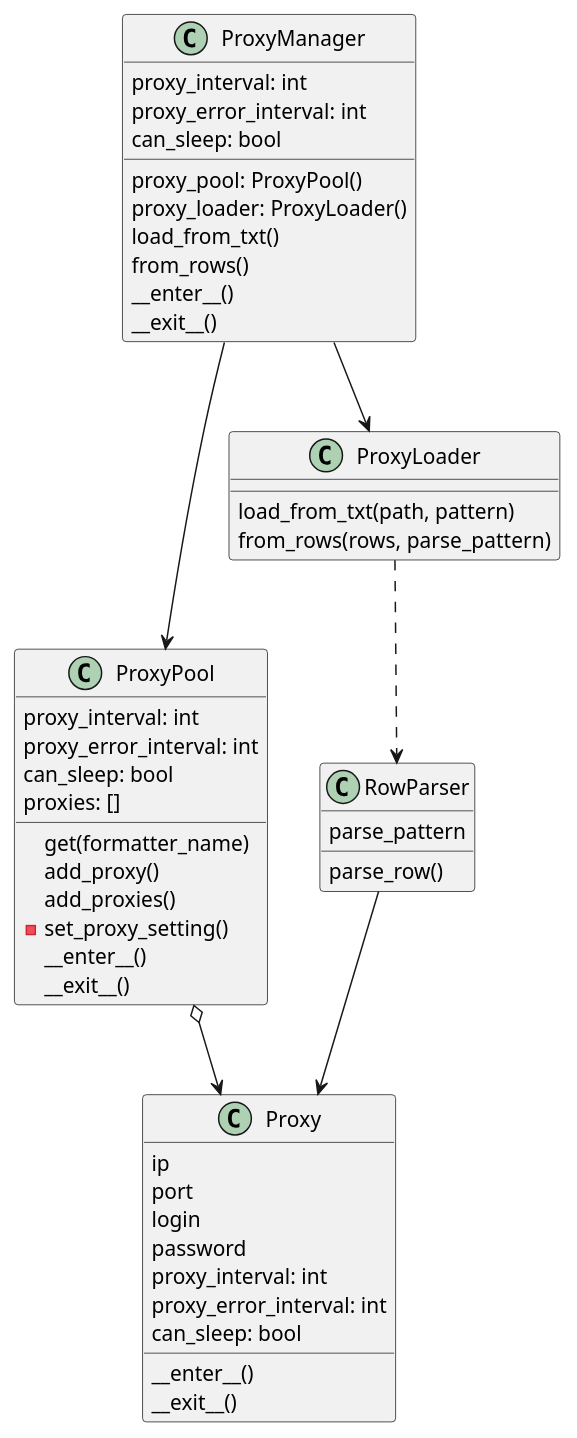
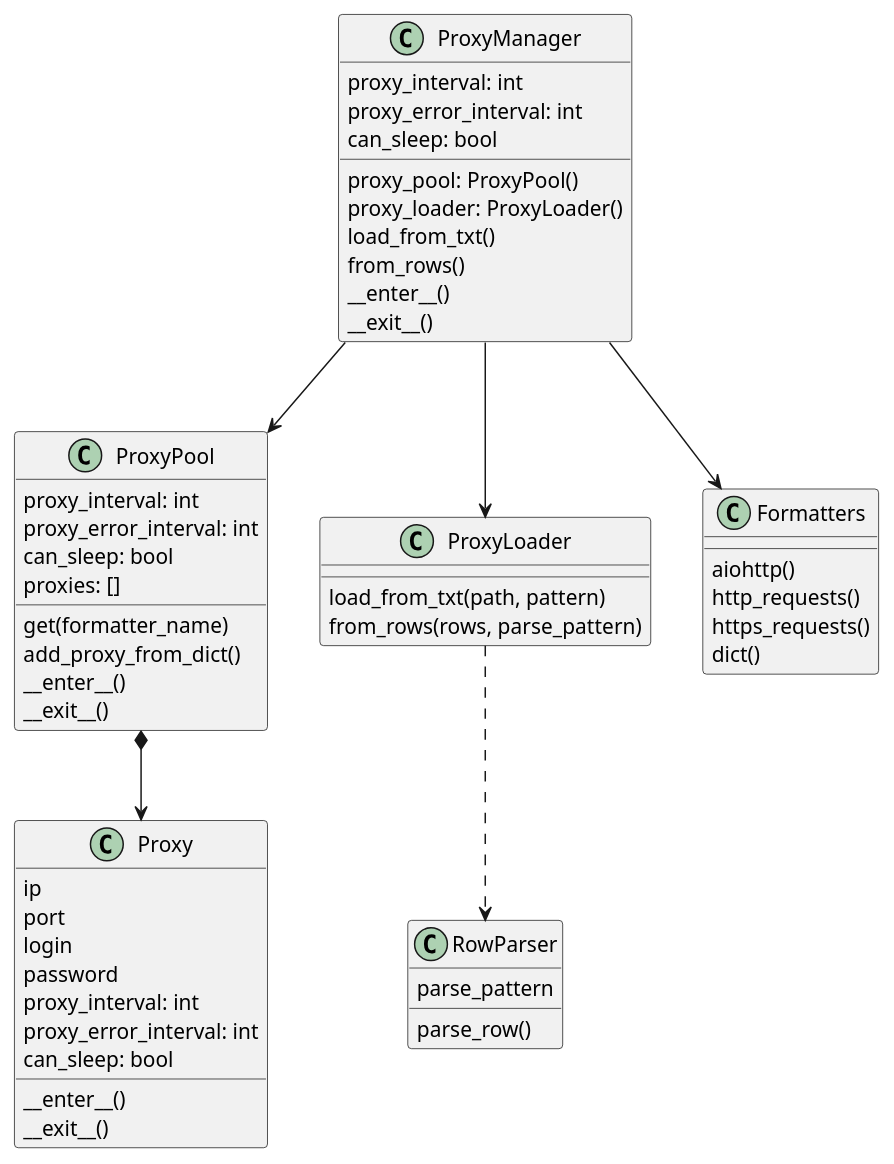
The diagram in ProxyManager.puml (overparser/proxy_manager), drawn with PlantUML before and after one commit. The commit also changed 2 other files, not shown here.

Commit message:
refactoring formatters

```diff
--- a/ProxyManager.puml
+++ b/ProxyManager.puml
@@ -1,52 +1,56 @@
 @startuml
 class ProxyManager{
       proxy_interval: int
       proxy_error_interval: int
       can_sleep: bool
       proxy_pool: ProxyPool()
       proxy_loader: ProxyLoader()
       load_from_txt()
       from_rows()
       __enter__()
       __exit__()
 }
 class ProxyPool{
     proxy_interval: int
     proxy_error_interval: int
     can_sleep: bool
     proxies: []
     get(formatter_name)
-    add_proxy()
-    add_proxies()
-    -set_proxy_setting()
+    add_proxy_from_dict()
     __enter__()
     __exit__()
 }
 
 class ProxyLoader{
     load_from_txt(path, pattern)
     from_rows(rows, parse_pattern)
 }
 
 class RowParser{
     parse_pattern
     parse_row()
 }
 class Proxy{
     ip
     port
     login
     password
     proxy_interval: int
     proxy_error_interval: int
     can_sleep: bool
     __enter__()
     __exit__()
 }
+class Formatters{
+    aiohttp()
+    http_requests()
+    https_requests()
+    dict()
 
-ProxyPool o--> Proxy
+}
+ProxyPool *--> Proxy
 ProxyManager --> ProxyPool
 ProxyManager --> ProxyLoader
+ProxyManager --> Formatters
 ProxyLoader ..> RowParser
-RowParser --> Proxy
 @enduml
```
